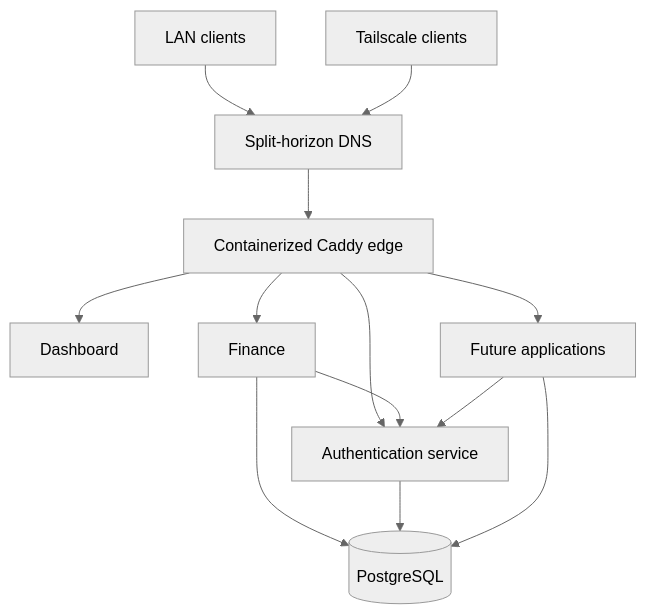
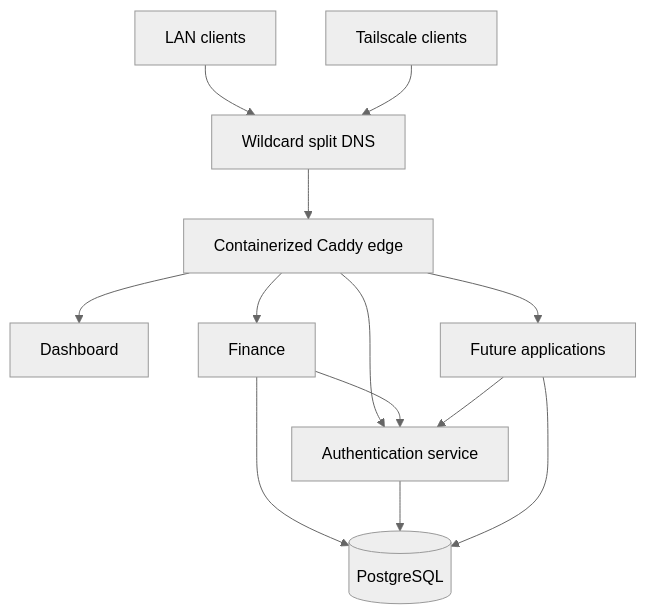
Before and after one commit to pior-labs/platform: the diagram in README.md, drawn with Mermaid (neutral theme). The commit also changed other lines of this file, not shown here.

Commit message:
docs: describe wildcard split DNS

````diff
--- a/README.md
+++ b/README.md
@@ -55,18 +55,18 @@
 ```mermaid
 flowchart TD
-    LAN[LAN clients] --> DNS[Split-horizon DNS]
+    LAN[LAN clients] --> DNS[Wildcard split DNS]
     TS[Tailscale clients] --> DNS
     DNS --> EDGE[Containerized Caddy edge]
 
     EDGE --> DASH[Dashboard]
     EDGE --> FIN[Finance]
     EDGE --> AUTH[Authentication service]
     EDGE --> FUTURE[Future applications]
 
     FIN --> AUTH
     FUTURE --> AUTH
 
     FIN --> DB[(PostgreSQL)]
     AUTH --> DB
     FUTURE --> DB
 ```
````
